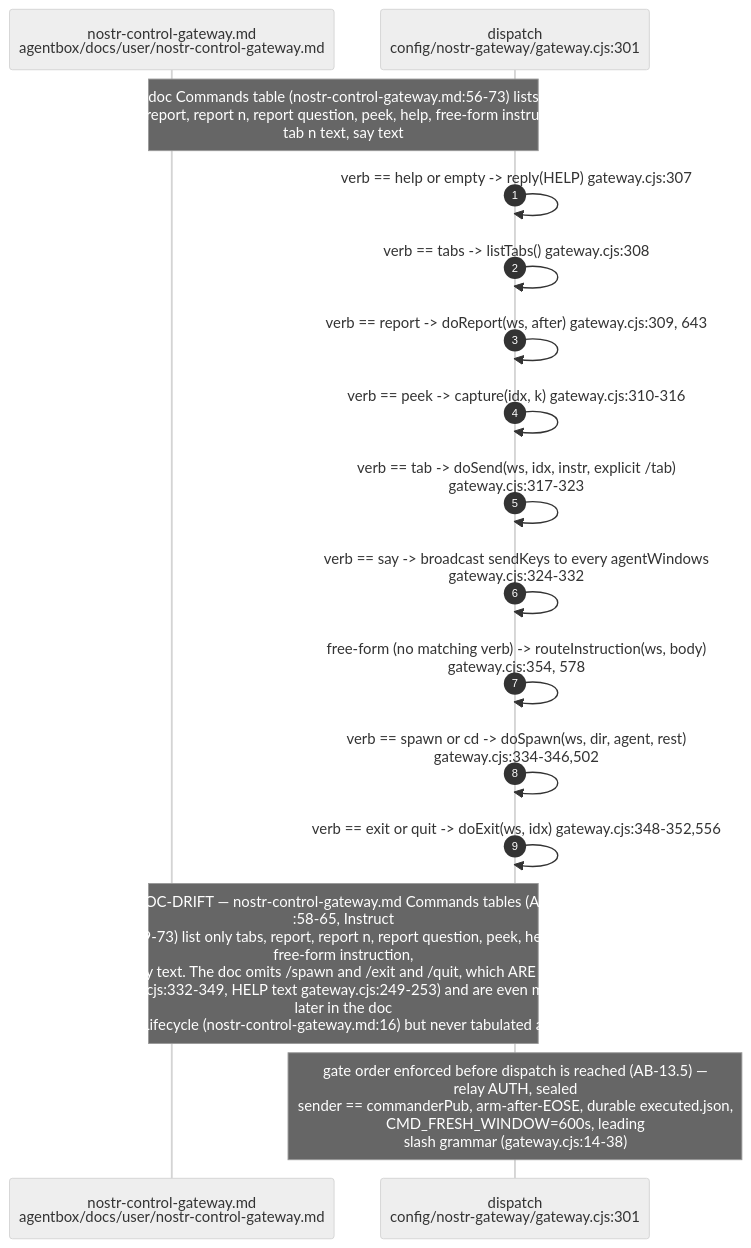
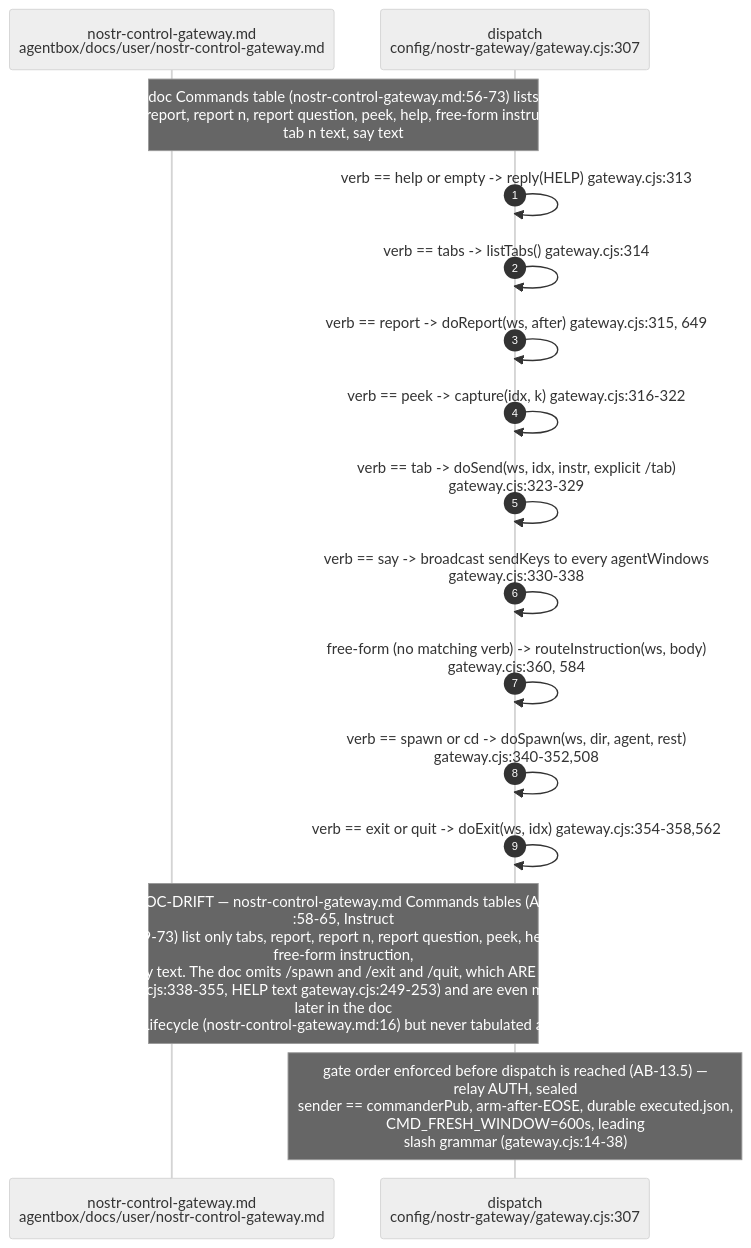
The tenth of 16 diagrams in docs/diagrams/agentbox/13-nostr-relay-gateway-bridge-mirror.md (DreamLab-AI/VisionFlow), drawn with Mermaid (neutral theme) before and after one commit. The commit also changed other lines of this file and 160 other files, not shown here.

````diff
--- a/docs/diagrams/agentbox/13-nostr-relay-gateway-bridge-mirror.md
+++ b/docs/diagrams/agentbox/13-nostr-relay-gateway-bridge-mirror.md
@@ -424,19 +427,19 @@
 ```mermaid
 sequenceDiagram
     autonumber
     participant DOC as nostr-control-gateway.md<br/>agentbox/docs/user/nostr-control-gateway.md
-    participant DISP as dispatch<br/>config/nostr-gateway/gateway.cjs:301
+    participant DISP as dispatch<br/>config/nostr-gateway/gateway.cjs:307
 
 Note over DOC,DISP: doc Commands table (nostr-control-gateway.md:56-73) lists<br/>tabs, report, report n, report question, peek, help, free-form instruction,<br/>tab n text, say text
-    DISP->>DISP: verb == help or empty -> reply(HELP) gateway.cjs:307
-    DISP->>DISP: verb == tabs -> listTabs() gateway.cjs:308
-    DISP->>DISP: verb == report -> doReport(ws, after) gateway.cjs:309, 643
-    DISP->>DISP: verb == peek -> capture(idx, k) gateway.cjs:310-316
-DISP->>DISP: verb == tab -> doSend(ws, idx, instr, explicit /tab)<br/>gateway.cjs:317-323
-DISP->>DISP: verb == say -> broadcast sendKeys to every agentWindows<br/>gateway.cjs:324-332
-DISP->>DISP: free-form (no matching verb) -> routeInstruction(ws, body)<br/>gateway.cjs:354, 578
-DISP->>DISP: verb == spawn or cd -> doSpawn(ws, dir, agent, rest)<br/>gateway.cjs:334-346,502
-    DISP->>DISP: verb == exit or quit -> doExit(ws, idx) gateway.cjs:348-352,556
-Note over DOC,DISP: DOC-DRIFT — nostr-control-gateway.md Commands tables (Ask<br/>:58-65, Instruct<br/>:69-73) list only tabs, report, report n, report question, peek, help,<br/>free-form instruction,<br/>tab n text, say text. The doc omits /spawn and /exit and /quit, which ARE implemented<br/>(gateway.cjs:332-349, HELP text gateway.cjs:249-253) and are even mentioned<br/>later in the doc<br/>prose under Lifecycle (nostr-control-gateway.md:16) but never tabulated as Commands
+    DISP->>DISP: verb == help or empty -> reply(HELP) gateway.cjs:313
+    DISP->>DISP: verb == tabs -> listTabs() gateway.cjs:314
+    DISP->>DISP: verb == report -> doReport(ws, after) gateway.cjs:315, 649
+    DISP->>DISP: verb == peek -> capture(idx, k) gateway.cjs:316-322
+DISP->>DISP: verb == tab -> doSend(ws, idx, instr, explicit /tab)<br/>gateway.cjs:323-329
+DISP->>DISP: verb == say -> broadcast sendKeys to every agentWindows<br/>gateway.cjs:330-338
+DISP->>DISP: free-form (no matching verb) -> routeInstruction(ws, body)<br/>gateway.cjs:360, 584
+DISP->>DISP: verb == spawn or cd -> doSpawn(ws, dir, agent, rest)<br/>gateway.cjs:340-352,508
+    DISP->>DISP: verb == exit or quit -> doExit(ws, idx) gateway.cjs:354-358,562
+Note over DOC,DISP: DOC-DRIFT — nostr-control-gateway.md Commands tables (Ask<br/>:58-65, Instruct<br/>:69-73) list only tabs, report, report n, report question, peek, help,<br/>free-form instruction,<br/>tab n text, say text. The doc omits /spawn and /exit and /quit, which ARE implemented<br/>(gateway.cjs:338-355, HELP text gateway.cjs:249-253) and are even mentioned<br/>later in the doc<br/>prose under Lifecycle (nostr-control-gateway.md:16) but never tabulated as Commands
 Note over DISP: gate order enforced before dispatch is reached (AB-13.5) —<br/>relay AUTH, sealed<br/>sender == commanderPub, arm-after-EOSE, durable executed.json,<br/>CMD_FRESH_WINDOW=600s, leading<br/>slash grammar (gateway.cjs:14-38)
 ```
````
